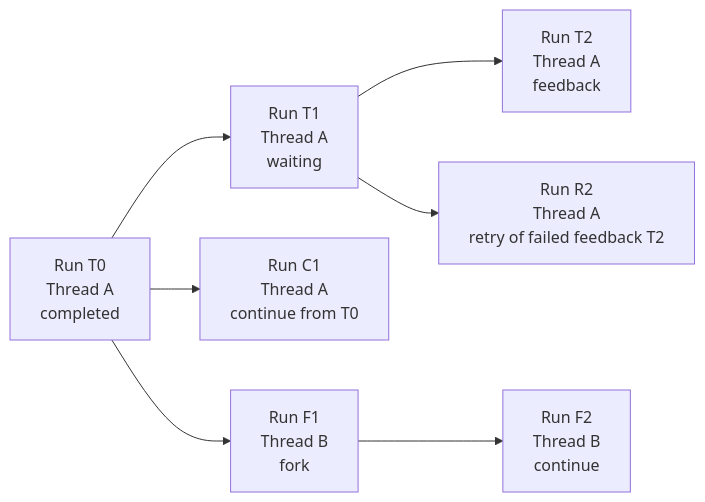
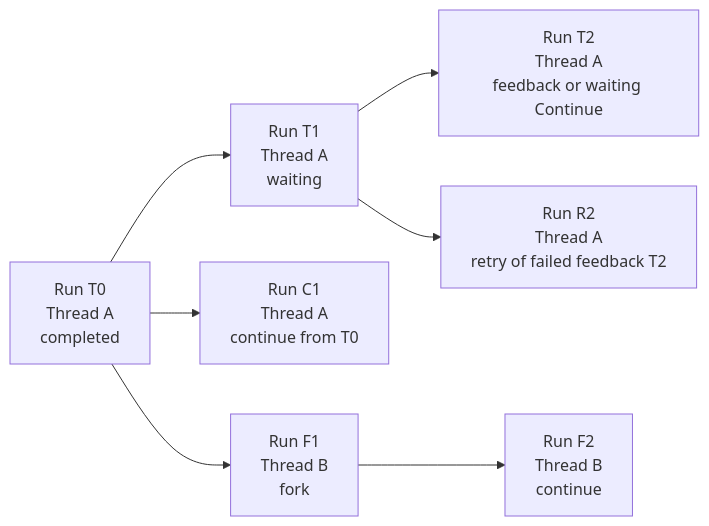
One commit to LTThreeComma/agent-foundation changed the third of 4 diagrams in spec/foundation-service/14-run-persistence.md. Above: the diagram before and after it, drawn with Mermaid. The commit also changed other lines of this file and 17 other files, not shown here.

First line of the commit message:
docs(foundation-service): define waiting continue and inbox FIFO (#78)

````diff
--- a/spec/foundation-service/14-run-persistence.md
+++ b/spec/foundation-service/14-run-persistence.md
@@ -305,9 +306,9 @@
 ```mermaid
 flowchart LR
     T0["Run T0<br/>Thread A<br/>completed"] --> T1["Run T1<br/>Thread A<br/>waiting"]
     T0 --> C1["Run C1<br/>Thread A<br/>continue from T0"]
-    T1 --> T2["Run T2<br/>Thread A<br/>feedback"]
+    T1 --> T2["Run T2<br/>Thread A<br/>feedback or waiting Continue"]
     T1 --> R2["Run R2<br/>Thread A<br/>retry of failed feedback T2"]
     T0 --> F1["Run F1<br/>Thread B<br/>fork"]
     F1 --> F2["Run F2<br/>Thread B<br/>continue"]
 ```
````
